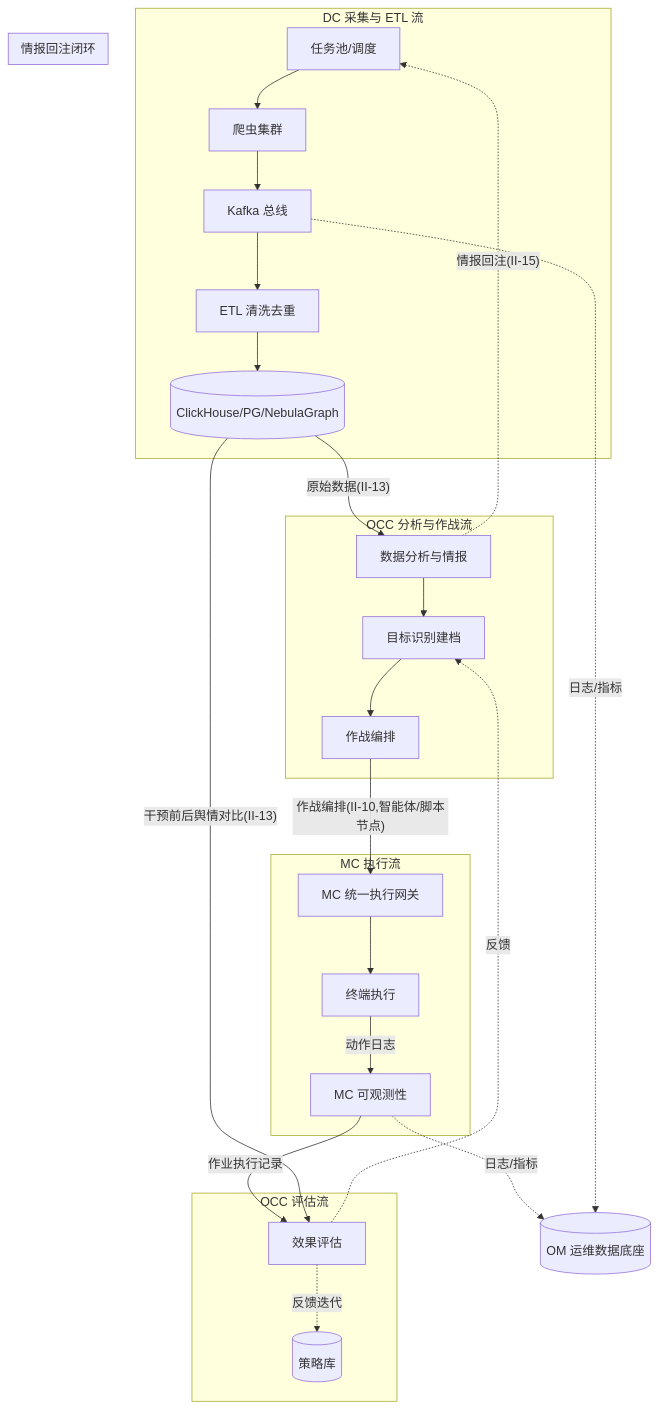
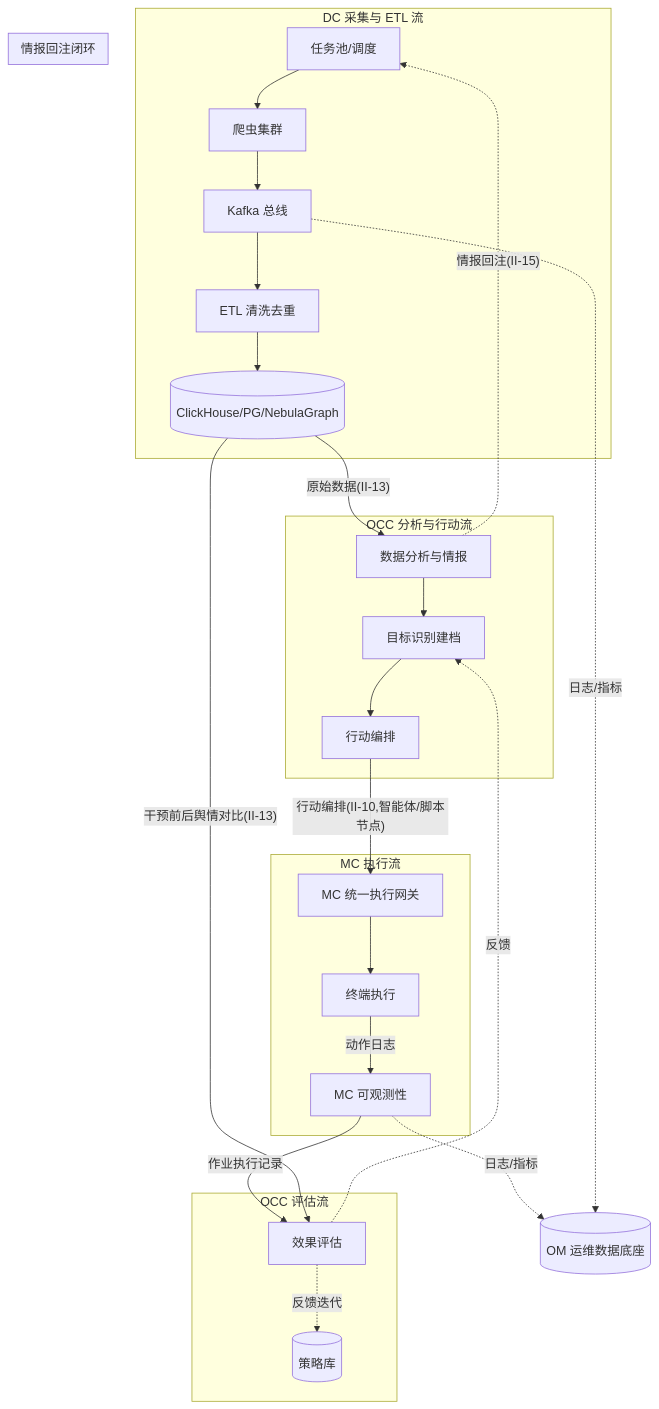
One commit to Sj-g/obsidian changed the seventh of 14 diagrams in 公司项目/认知作战/文档/软件概要设计说明.md. Above: the diagram before and after it, drawn with Mermaid. The commit also changed other lines of this file and 10 other files, not shown here.

````diff
--- a/公司项目/认知作战/文档/软件概要设计说明.md
+++ b/公司项目/认知作战/文档/软件概要设计说明.md
@@ -214,27 +214,27 @@
 ```mermaid
 flowchart TB
     subgraph 采集["DC 采集与 ETL 流"]
         T1["任务池/调度"] --> T2["爬虫集群"] --> T3["Kafka 总线"]
         T3 --> T4["ETL 清洗去重"] --> T5[("ClickHouse/PG/NebulaGraph")]
     end
-    subgraph 作战["OCC 分析与作战流"]
+    subgraph 行动["OCC 分析与行动流"]
         T5 -->|"原始数据(II-13)"| O0["数据分析与情报"]
         O0 --> O1["目标识别建档"]
-        O1 --> O2["作战编排"]
+        O1 --> O2["行动编排"]
     end
     subgraph 执行["MC 执行流"]
-        O2 -->|"作战编排(II-10,智能体/脚本节点)"| M1["MC 统一执行网关"]
+        O2 -->|"行动编排(II-10,智能体/脚本节点)"| M1["MC 统一执行网关"]
         M1 --> M2["终端执行"]
         M2 -->|"动作日志"| M3["MC 可观测性"]
     end
     subgraph 回注["情报回注闭环"]
         O0 -.->|"情报回注(II-15)"| T1
     end
     subgraph 评估["OCC 评估流"]
         M3 -->|"作业执行记录"| O4["效果评估"]
         T5 -->|"干预前后舆情对比(II-13)"| O4
         O4 -.->|"反馈迭代"| O5[("策略库")]
         O4 -.->|"反馈"| O1
     end
     M3 & T3 -.->|"日志/指标"| OM[("OM 运维数据底座")]
 ```
````
